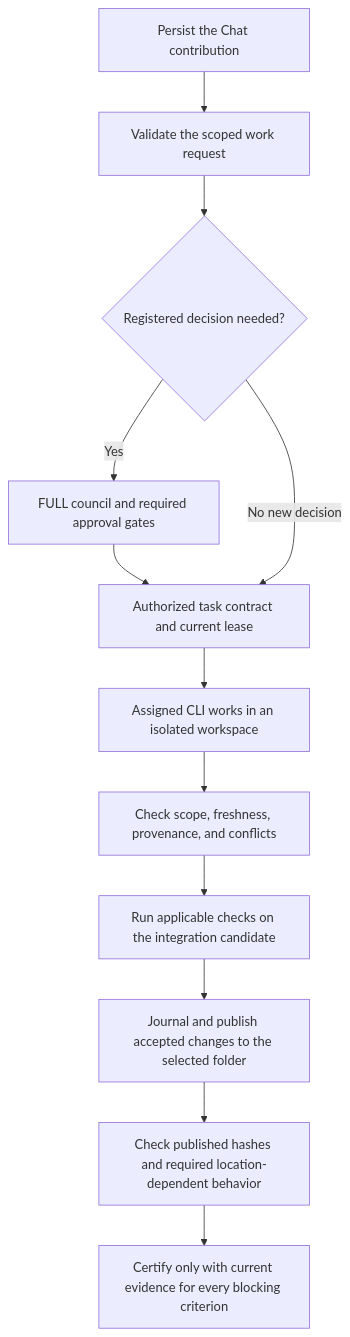
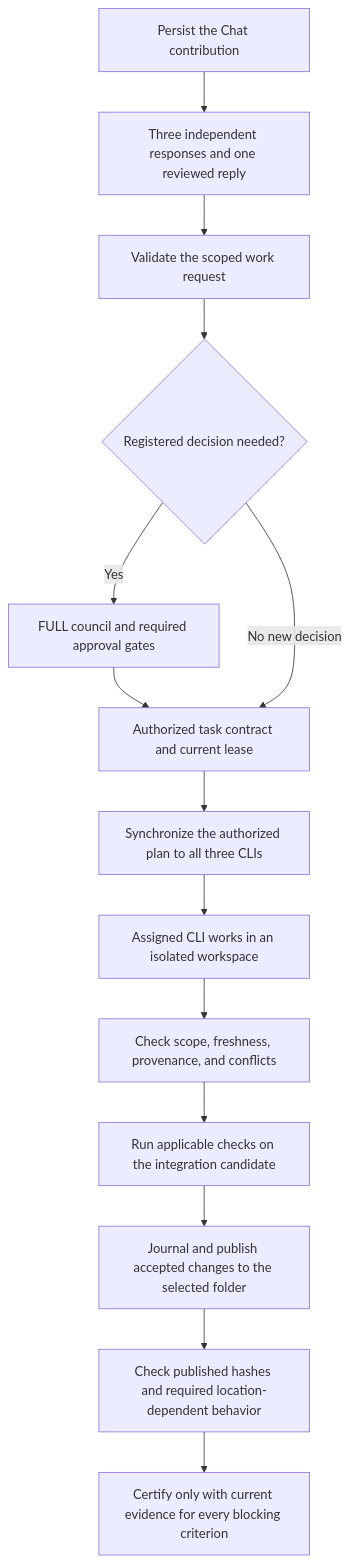
Before and after one commit to pavan53732/Mayasaba-App: the diagram in README.md, drawn with Mermaid. The commit also changed other lines of this file and 4 other files, not shown here.

````diff
--- a/README.md
+++ b/README.md
@@ -97,14 +101,16 @@
 ```mermaid
 flowchart TD
-    Contribution["Persist the Chat contribution"] --> Request["Validate the scoped work request"]
+    Contribution["Persist the Chat contribution"] --> Chat["Three independent responses and one reviewed reply"]
+    Chat --> Request["Validate the scoped work request"]
     Request --> Decision{"Registered decision needed?"}
     Decision -- "Yes" --> Council["FULL council and required approval gates"]
     Council --> Plan["Authorized task contract and current lease"]
     Decision -- "No new decision" --> Plan
-    Plan --> Work["Assigned CLI works in an isolated workspace"]
+    Plan --> Sync["Synchronize the authorized plan to all three CLIs"]
+    Sync --> Work["Assigned CLI works in an isolated workspace"]
     Work --> Candidate["Check scope, freshness, provenance, and conflicts"]
     Candidate --> Validate["Run applicable checks on the integration candidate"]
     Validate --> Publish["Journal and publish accepted changes to the selected folder"]
     Publish --> Final["Check published hashes and required location-dependent behavior"]
     Final --> Complete["Certify only with current evidence for every blocking criterion"]
 ```
````
